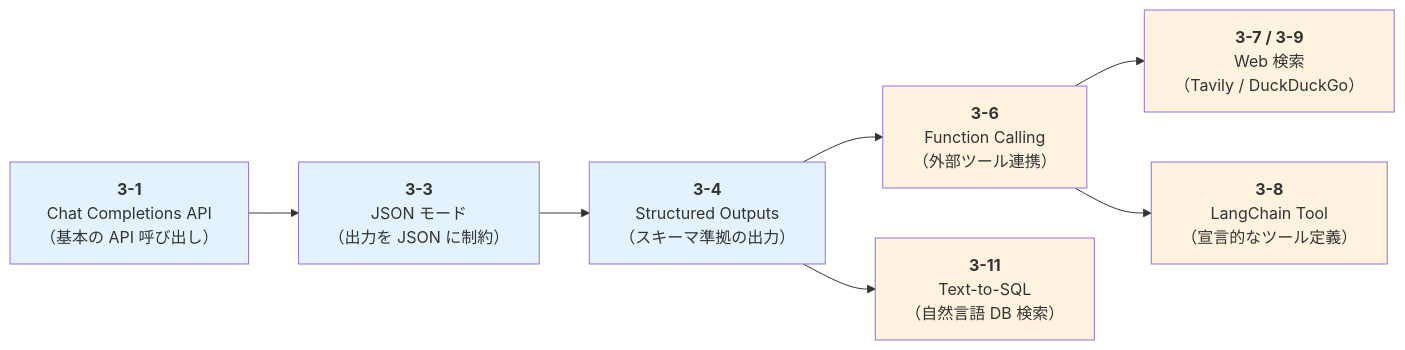
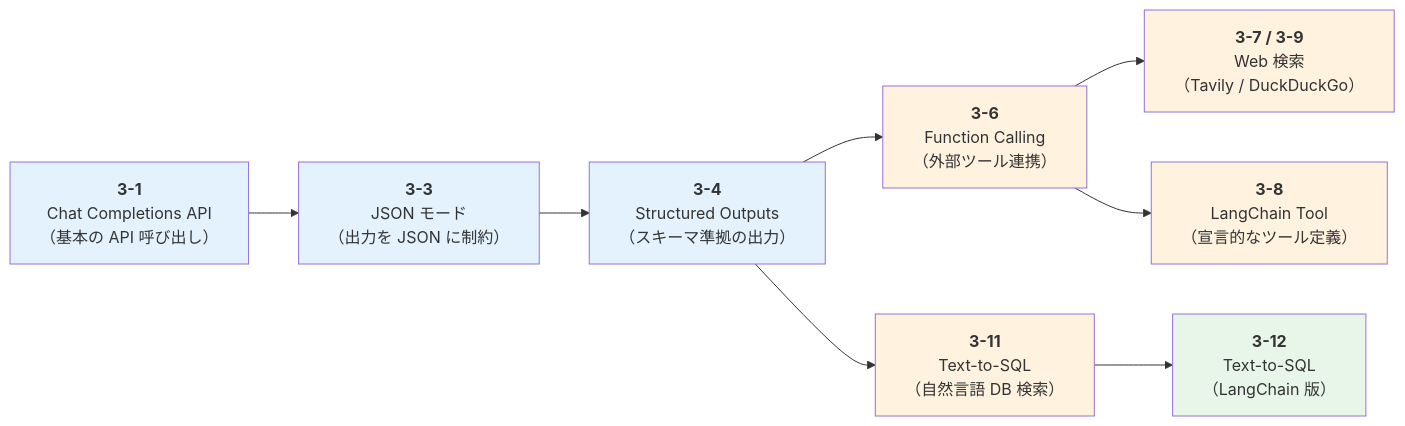
One commit to Imamachi-n/genai-agent-advanced-book-typescript changed the first of 3 diagrams in packages/@ai-suburi/docs/docs/chapter3/index.md. Above: the diagram before and after it, drawn with Mermaid. The commit also changed other lines of this file and 3 other files, not shown here.

First line of the commit message:
feat: integrate LangChain for simplified Text-to-SQL implementation in chapter 3

````diff
--- a/packages/@ai-suburi/docs/docs/chapter3/index.md
+++ b/packages/@ai-suburi/docs/docs/chapter3/index.md
@@ -28,17 +29,19 @@
 ```mermaid
 flowchart LR
     A["<b>3-1</b><br/>Chat Completions API<br/>（基本の API 呼び出し）"] --> B["<b>3-3</b><br/>JSON モード<br/>（出力を JSON に制約）"]
     B --> C["<b>3-4</b><br/>Structured Outputs<br/>（スキーマ準拠の出力）"]
     C --> D["<b>3-6</b><br/>Function Calling<br/>（外部ツール連携）"]
     D --> E["<b>3-7 / 3-9</b><br/>Web 検索<br/>（Tavily / DuckDuckGo）"]
     D --> F["<b>3-8</b><br/>LangChain Tool<br/>（宣言的なツール定義）"]
     C --> G["<b>3-11</b><br/>Text-to-SQL<br/>（自然言語 DB 検索）"]
+    G --> H["<b>3-12</b><br/>Text-to-SQL<br/>（LangChain 版）"]
 
     style A fill:#e3f2fd
     style B fill:#e3f2fd
     style C fill:#e3f2fd
     style D fill:#fff3e0
     style E fill:#fff3e0
     style F fill:#fff3e0
     style G fill:#fff3e0
+    style H fill:#e8f5e9
 ```
````
